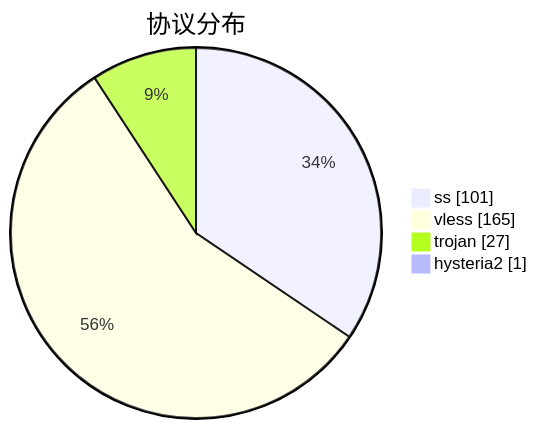
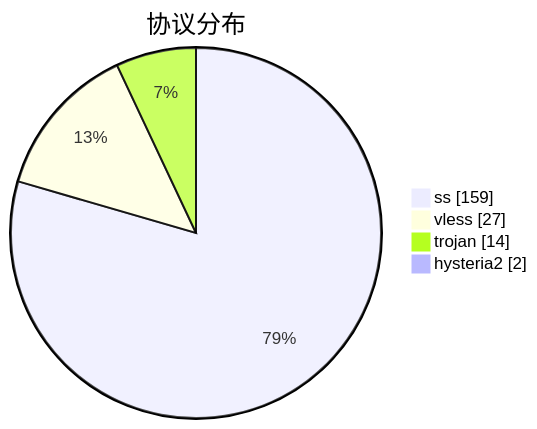
Before and after one commit to qjlxg/airport: the third of 3 diagrams in subs/statistics/tested_within.md, drawn with Mermaid. The commit also changed other lines of this file and 2 other files, not shown here.

````diff
--- a/subs/statistics/tested_within.md
+++ b/subs/statistics/tested_within.md
@@ -31,8 +28,8 @@
 ```mermaid
 pie showData
 title 协议分布
-"ss" : 101
-"vless" : 165
-"trojan" : 27
-"hysteria2" : 1
+"ss" : 159
+"vless" : 27
+"trojan" : 14
+"hysteria2" : 2
 ```
````
